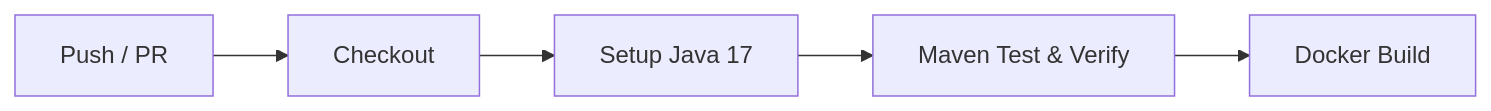
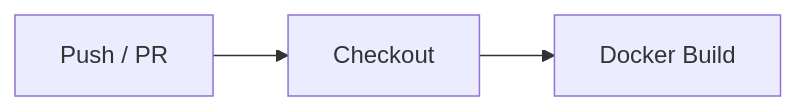
The diagram in README.md (Benevanio/libraryapi), drawn with Mermaid before and after one commit. The commit also changed other lines of this file and 1 other file, not shown here.

````diff
--- a/README.md
+++ b/README.md
@@ -173,7 +173,5 @@
 ```mermaid
 flowchart LR
     A[Push / PR] --> B[Checkout]
-    B --> C[Setup Java 17]
-    C --> D[Maven Test & Verify]
-    D --> E[Docker Build]
+    B --> C[Docker Build]
 ```
````
